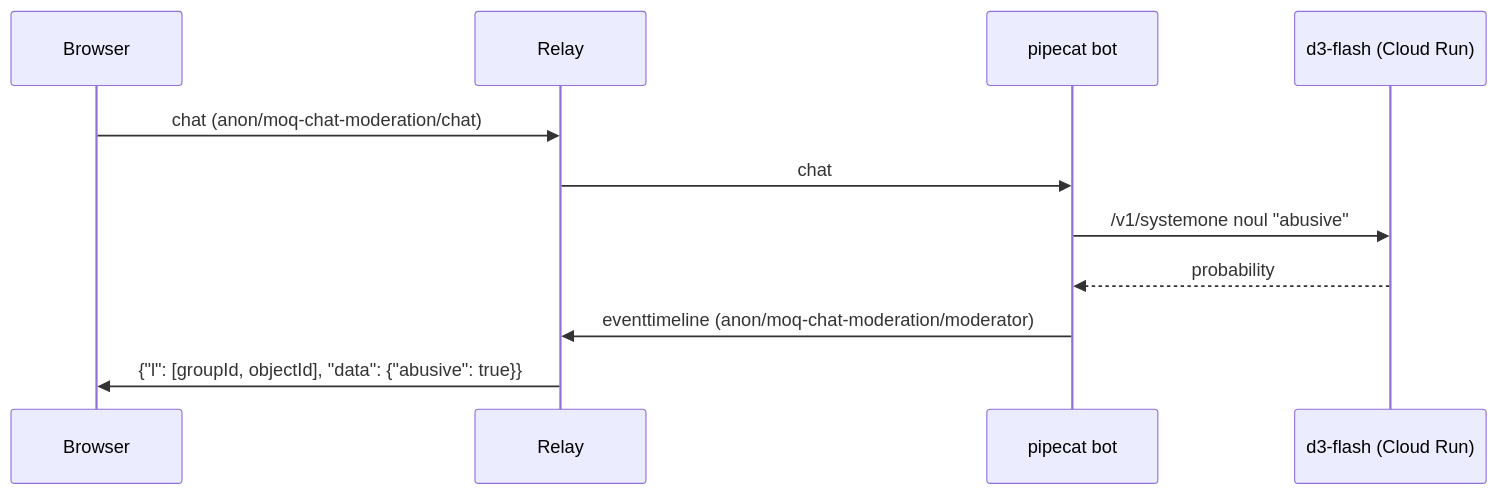
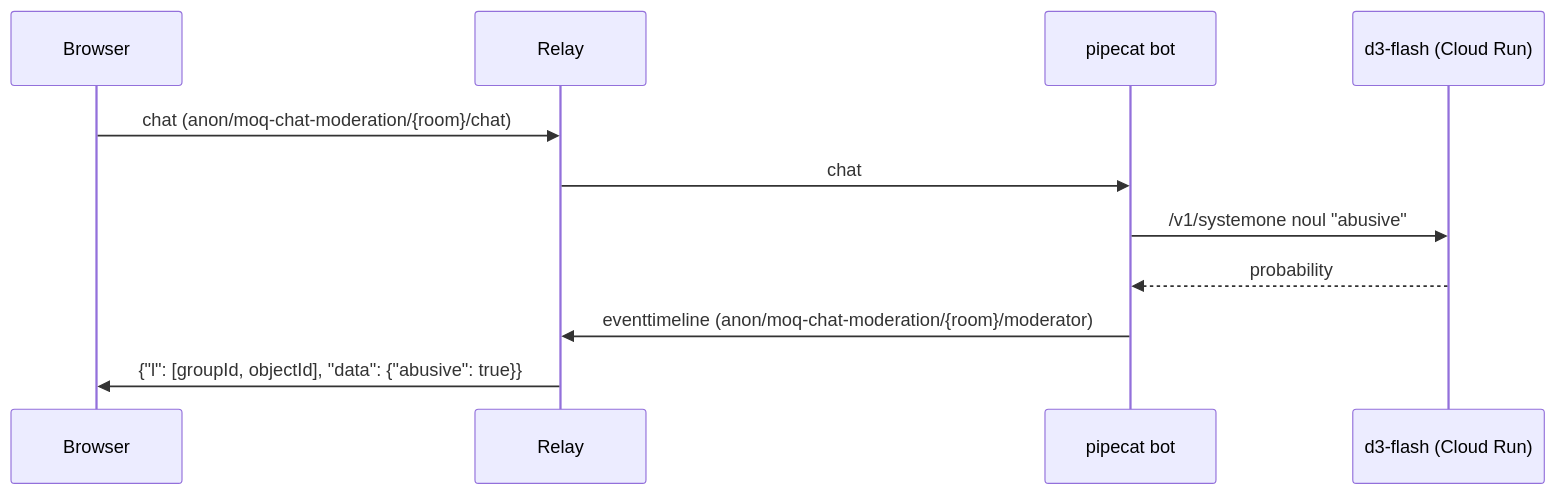
Before and after one commit to nttcom/moq-wasm: the diagram in examples/python/moq-chat-moderation/README.md, drawn with Mermaid. The commit also changed other lines of this file and 12 other files, not shown here.

````diff
--- a/examples/python/moq-chat-moderation/README.md
+++ b/examples/python/moq-chat-moderation/README.md
@@ -7,13 +7,13 @@
 ```mermaid
 sequenceDiagram
     participant B as Browser
     participant R as Relay
     participant P as pipecat bot
     participant D as d3-flash (Cloud Run)
-    B->>R: chat (anon/moq-chat-moderation/chat)
+    B->>R: chat (anon/moq-chat-moderation/{room}/chat)
     R->>P: chat
     P->>D: /v1/systemone noul "abusive"
     D-->>P: probability
-    P->>R: eventtimeline (anon/moq-chat-moderation/moderator)
+    P->>R: eventtimeline (anon/moq-chat-moderation/{room}/moderator)
     R->>B: {"l": [groupId, objectId], "data": {"abusive": true}}
 ```
````
